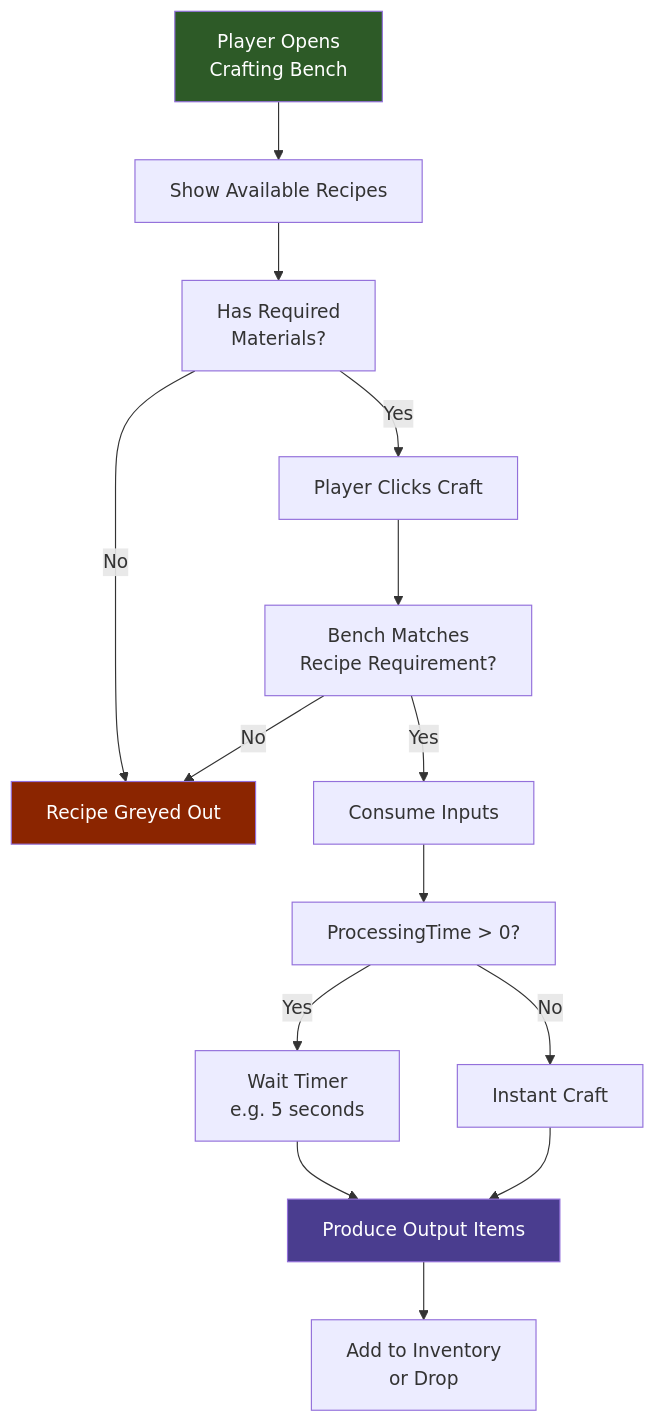
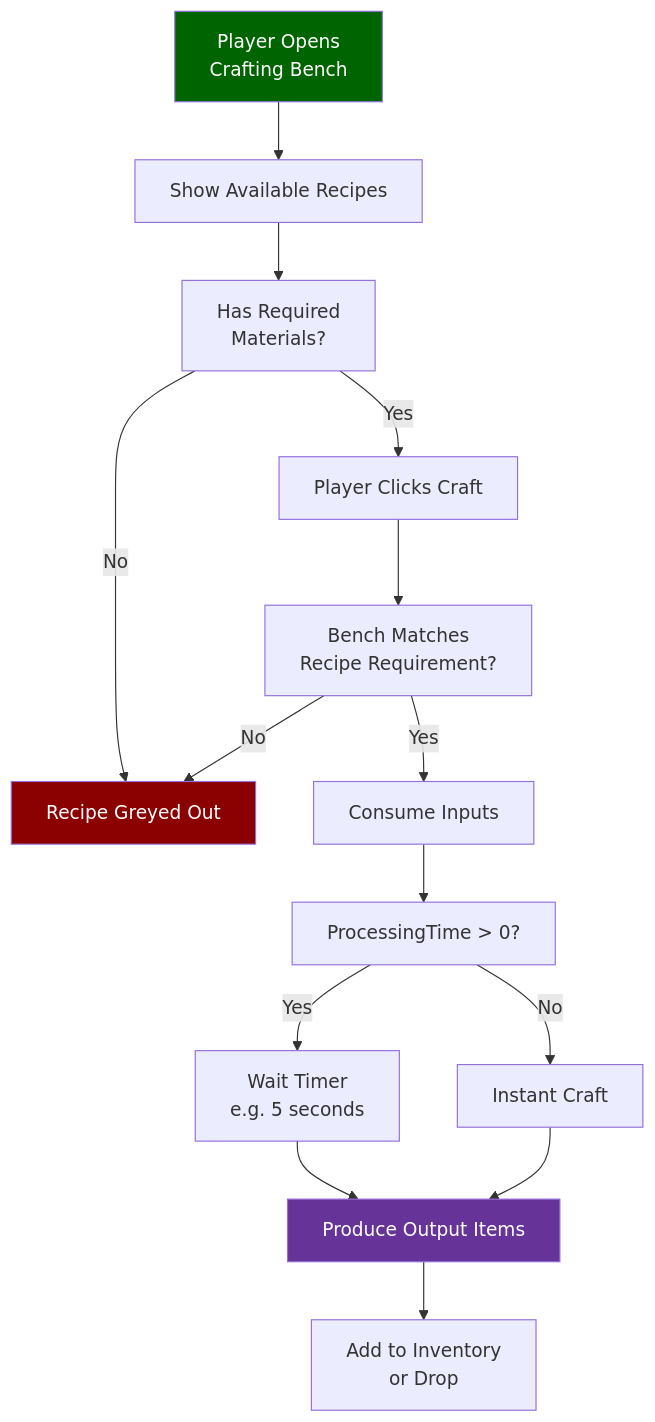
One commit to nevesb/hytale-modding-docs changed the first of 2 diagrams in src/content/docs/es/reference/crafting-system/recipes.md. Above: the diagram before and after it, drawn with Mermaid. The commit also changed other lines of this file and 34 other files, not shown here.

````diff
--- a/src/content/docs/es/reference/crafting-system/recipes.md
+++ b/src/content/docs/es/reference/crafting-system/recipes.md
@@ -12,24 +12,24 @@
 ```mermaid
-flowchart TD
-    A["Player Opens<br/>Crafting Bench"] --> B[Show Available Recipes]
-    B --> C["Has Required<br/>Materials?"]
+flowchart TD;
+    A["Player Opens<br>Crafting Bench"] --> B[Show Available Recipes]
+    B --> C["Has Required<br>Materials?"]
     C -->|"No"| D[Recipe Greyed Out]
     C -->|"Yes"| E[Player Clicks Craft]
 
-    E --> F["Bench Matches<br/>Recipe Requirement?"]
+    E --> F["Bench Matches<br>Recipe Requirement?"]
     F -->|"No"| D
     F -->|"Yes"| G[Consume Inputs]
 
     G --> H["ProcessingTime > 0?"]
-    H -->|"Yes"| I["Wait Timer<br/>e.g. 5 seconds"]
+    H -->|"Yes"| I["Wait Timer<br>e.g. 5 seconds"]
     H -->|"No"| J[Instant Craft]
 
     I --> K[Produce Output Items]
     J --> K
 
-    K --> L["Add to Inventory<br/>or Drop"]
+    K --> L["Add to Inventory<br>or Drop"]
 
-    style A fill:#2d5a27,color:#fff
-    style D fill:#8b2500,color:#fff
-    style K fill:#4a3d8f,color:#fff
+    style A fill:darkgreen,color:white
+    style D fill:darkred,color:white
+    style K fill:rebeccapurple,color:white
 ```
````
